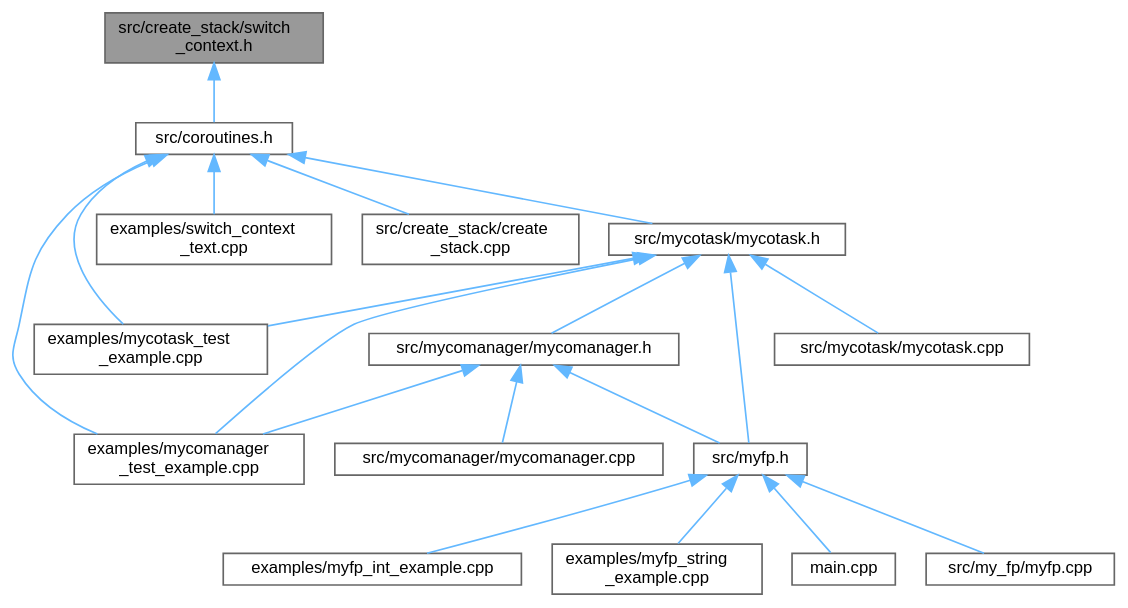
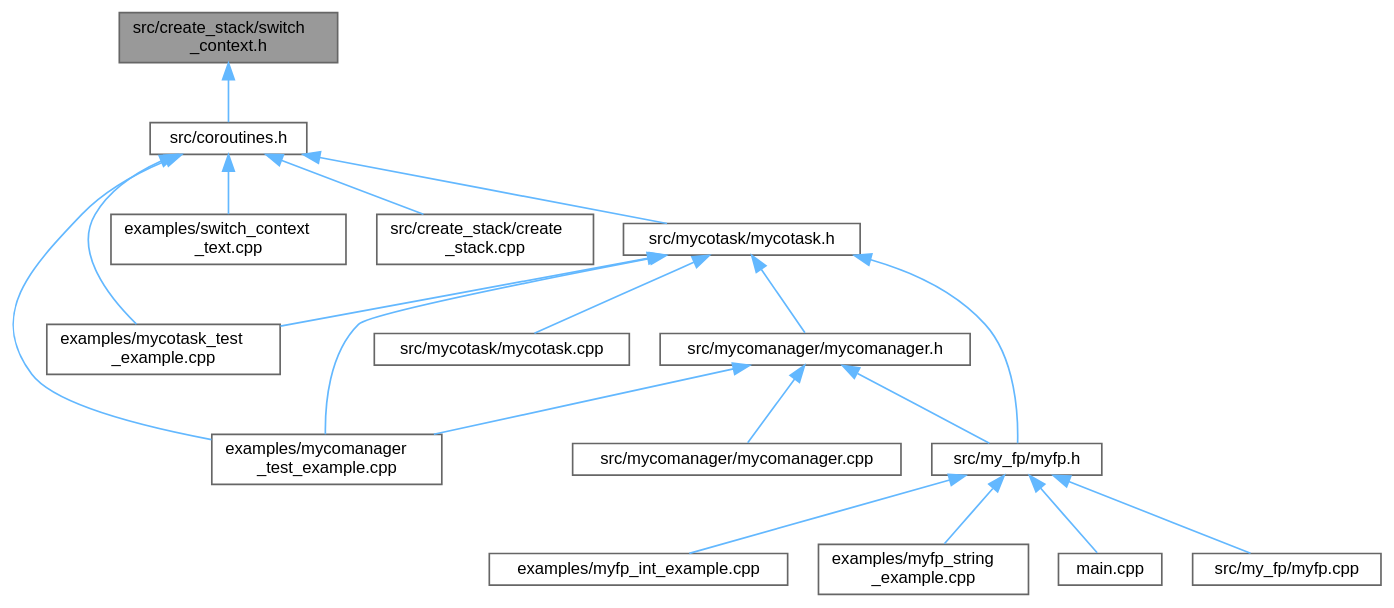
The diagram in switch__context_8h__dep__incl.dot (lalkaman1981/coroutins), drawn with Graphviz before and after one commit. The commit also changed 68 other files, not shown here.

```diff
--- a/switch__context_8h__dep__incl.dot
+++ b/switch__context_8h__dep__incl.dot
@@ -1,40 +1,40 @@
 digraph "src/create_stack/switch_context.h"
 {
  // LATEX_PDF_SIZE
   bgcolor="transparent";
   edge [fontname=Helvetica,fontsize=10,labelfontname=Helvetica,labelfontsize=10];
   node [fontname=Helvetica,fontsize=10,shape=box,height=0.2,width=0.4];
-  Node1 [id="Node000001",label="src/create_stack/switch\l_context.h",height=0.2,width=0.4,color="gray40", fillcolor="grey60", style="filled", fontcolor="black",tooltip=" "];
+  Node1 [id="Node000001",label="src/create_stack/switch\l_context.h",height=0.2,width=0.4,color="gray40", fillcolor="grey60", style="filled", fontcolor="black",tooltip="Core data structures for coroutine context switching."];
   Node1 -> Node2 [id="edge1_Node000001_Node000002",dir="back",color="steelblue1",style="solid",tooltip=" "];
-  Node2 [id="Node000002",label="src/coroutines.h",height=0.2,width=0.4,color="grey40", fillcolor="white", style="filled",URL="$coroutines_8h.html",tooltip=" "];
+  Node2 [id="Node000002",label="src/coroutines.h",height=0.2,width=0.4,color="grey40", fillcolor="white", style="filled",URL="$coroutines_8h.html",tooltip="Main coroutine API header."];
   Node2 -> Node3 [id="edge2_Node000002_Node000003",dir="back",color="steelblue1",style="solid",tooltip=" "];
   Node3 [id="Node000003",label="examples/mycomanager\l_test_example.cpp",height=0.2,width=0.4,color="grey40", fillcolor="white", style="filled",URL="$mycomanager__test__example_8cpp.html",tooltip=" "];
   Node2 -> Node4 [id="edge3_Node000002_Node000004",dir="back",color="steelblue1",style="solid",tooltip=" "];
   Node4 [id="Node000004",label="examples/mycotask_test\l_example.cpp",height=0.2,width=0.4,color="grey40", fillcolor="white", style="filled",URL="$mycotask__test__example_8cpp.html",tooltip=" "];
   Node2 -> Node5 [id="edge4_Node000002_Node000005",dir="back",color="steelblue1",style="solid",tooltip=" "];
   Node5 [id="Node000005",label="examples/switch_context\l_text.cpp",height=0.2,width=0.4,color="grey40", fillcolor="white", style="filled",URL="$switch__context__text_8cpp.html",tooltip=" "];
   Node2 -> Node6 [id="edge5_Node000002_Node000006",dir="back",color="steelblue1",style="solid",tooltip=" "];
-  Node6 [id="Node000006",label="src/create_stack/create\l_stack.cpp",height=0.2,width=0.4,color="grey40", fillcolor="white", style="filled",URL="$create__stack_8cpp.html",tooltip=" "];
+  Node6 [id="Node000006",label="src/create_stack/create\l_stack.cpp",height=0.2,width=0.4,color="grey40", fillcolor="white", style="filled",URL="$create__stack_8cpp.html",tooltip="Stack allocation and initialization for coroutine contexts."];
   Node2 -> Node7 [id="edge6_Node000002_Node000007",dir="back",color="steelblue1",style="solid",tooltip=" "];
-  Node7 [id="Node000007",label="src/mycotask/mycotask.h",height=0.2,width=0.4,color="grey40", fillcolor="white", style="filled",URL="$mycotask_8h.html",tooltip=" "];
+  Node7 [id="Node000007",label="src/mycotask/mycotask.h",height=0.2,width=0.4,color="grey40", fillcolor="white", style="filled",URL="$mycotask_8h.html",tooltip="Stackful coroutine implementation with cooperative multitasking."];
   Node7 -> Node3 [id="edge7_Node000007_Node000003",dir="back",color="steelblue1",style="solid",tooltip=" "];
   Node7 -> Node4 [id="edge8_Node000007_Node000004",dir="back",color="steelblue1",style="solid",tooltip=" "];
   Node7 -> Node8 [id="edge9_Node000007_Node000008",dir="back",color="steelblue1",style="solid",tooltip=" "];
-  Node8 [id="Node000008",label="src/mycomanager/mycomanager.h",height=0.2,width=0.4,color="grey40", fillcolor="white", style="filled",URL="$mycomanager_8h.html",tooltip=" "];
-  Node8 -> Node3 [id="edge10_Node000008_Node000003",dir="back",color="steelblue1",style="solid",tooltip=" "];
-  Node8 -> Node9 [id="edge11_Node000008_Node000009",dir="back",color="steelblue1",style="solid",tooltip=" "];
-  Node9 [id="Node000009",label="src/mycomanager/mycomanager.cpp",height=0.2,width=0.4,color="grey40", fillcolor="white", style="filled",URL="$mycomanager_8cpp.html",tooltip=" "];
-  Node8 -> Node10 [id="edge12_Node000008_Node000010",dir="back",color="steelblue1",style="solid",tooltip=" "];
-  Node10 [id="Node000010",label="src/myfp.h",height=0.2,width=0.4,color="grey40", fillcolor="white", style="filled",URL="$myfp_8h.html",tooltip=" "];
-  Node10 -> Node11 [id="edge13_Node000010_Node000011",dir="back",color="steelblue1",style="solid",tooltip=" "];
-  Node11 [id="Node000011",label="examples/myfp_int_example.cpp",height=0.2,width=0.4,color="grey40", fillcolor="white", style="filled",URL="$myfp__int__example_8cpp.html",tooltip=" "];
-  Node10 -> Node12 [id="edge14_Node000010_Node000012",dir="back",color="steelblue1",style="solid",tooltip=" "];
-  Node12 [id="Node000012",label="examples/myfp_string\l_example.cpp",height=0.2,width=0.4,color="grey40", fillcolor="white", style="filled",URL="$myfp__string__example_8cpp.html",tooltip=" "];
-  Node10 -> Node13 [id="edge15_Node000010_Node000013",dir="back",color="steelblue1",style="solid",tooltip=" "];
-  Node13 [id="Node000013",label="main.cpp",height=0.2,width=0.4,color="grey40", fillcolor="white", style="filled",URL="$main_8cpp.html",tooltip=" "];
-  Node10 -> Node14 [id="edge16_Node000010_Node000014",dir="back",color="steelblue1",style="solid",tooltip=" "];
-  Node14 [id="Node000014",label="src/my_fp/myfp.cpp",height=0.2,width=0.4,color="grey40", fillcolor="white", style="filled",URL="$myfp_8cpp.html",tooltip=" "];
-  Node7 -> Node15 [id="edge17_Node000007_Node000015",dir="back",color="steelblue1",style="solid",tooltip=" "];
-  Node15 [id="Node000015",label="src/mycotask/mycotask.cpp",height=0.2,width=0.4,color="grey40", fillcolor="white", style="filled",URL="$mycotask_8cpp.html",tooltip=" "];
-  Node7 -> Node10 [id="edge18_Node000007_Node000010",dir="back",color="steelblue1",style="solid",tooltip=" "];
+  Node8 [id="Node000008",label="src/my_fp/myfp.h",height=0.2,width=0.4,color="grey40", fillcolor="white", style="filled",URL="$myfp_8h.html",tooltip="Promise/Future pattern implementation for coroutines."];
+  Node8 -> Node9 [id="edge10_Node000008_Node000009",dir="back",color="steelblue1",style="solid",tooltip=" "];
+  Node9 [id="Node000009",label="examples/myfp_int_example.cpp",height=0.2,width=0.4,color="grey40", fillcolor="white", style="filled",URL="$myfp__int__example_8cpp.html",tooltip=" "];
+  Node8 -> Node10 [id="edge11_Node000008_Node000010",dir="back",color="steelblue1",style="solid",tooltip=" "];
+  Node10 [id="Node000010",label="examples/myfp_string\l_example.cpp",height=0.2,width=0.4,color="grey40", fillcolor="white", style="filled",URL="$myfp__string__example_8cpp.html",tooltip=" "];
+  Node8 -> Node11 [id="edge12_Node000008_Node000011",dir="back",color="steelblue1",style="solid",tooltip=" "];
+  Node11 [id="Node000011",label="main.cpp",height=0.2,width=0.4,color="grey40", fillcolor="white", style="filled",URL="$main_8cpp.html",tooltip=" "];
+  Node8 -> Node12 [id="edge13_Node000008_Node000012",dir="back",color="steelblue1",style="solid",tooltip=" "];
+  Node12 [id="Node000012",label="src/my_fp/myfp.cpp",height=0.2,width=0.4,color="grey40", fillcolor="white", style="filled",URL="$myfp_8cpp.html",tooltip="Implementation of promise-future void specializations."];
+  Node7 -> Node13 [id="edge14_Node000007_Node000013",dir="back",color="steelblue1",style="solid",tooltip=" "];
+  Node13 [id="Node000013",label="src/mycomanager/mycomanager.h",height=0.2,width=0.4,color="grey40", fillcolor="white", style="filled",URL="$mycomanager_8h.html",tooltip="Coroutine scheduler for managing multiple cooperative tasks."];
+  Node13 -> Node3 [id="edge15_Node000013_Node000003",dir="back",color="steelblue1",style="solid",tooltip=" "];
+  Node13 -> Node8 [id="edge16_Node000013_Node000008",dir="back",color="steelblue1",style="solid",tooltip=" "];
+  Node13 -> Node14 [id="edge17_Node000013_Node000014",dir="back",color="steelblue1",style="solid",tooltip=" "];
+  Node14 [id="Node000014",label="src/mycomanager/mycomanager.cpp",height=0.2,width=0.4,color="grey40", fillcolor="white", style="filled",URL="$mycomanager_8cpp.html",tooltip="Implementation of coroutine scheduler."];
+  Node7 -> Node15 [id="edge18_Node000007_Node000015",dir="back",color="steelblue1",style="solid",tooltip=" "];
+  Node15 [id="Node000015",label="src/mycotask/mycotask.cpp",height=0.2,width=0.4,color="grey40", fillcolor="white", style="filled",URL="$mycotask_8cpp.html",tooltip="Implementation of stackful coroutine operations."];
 }
```
